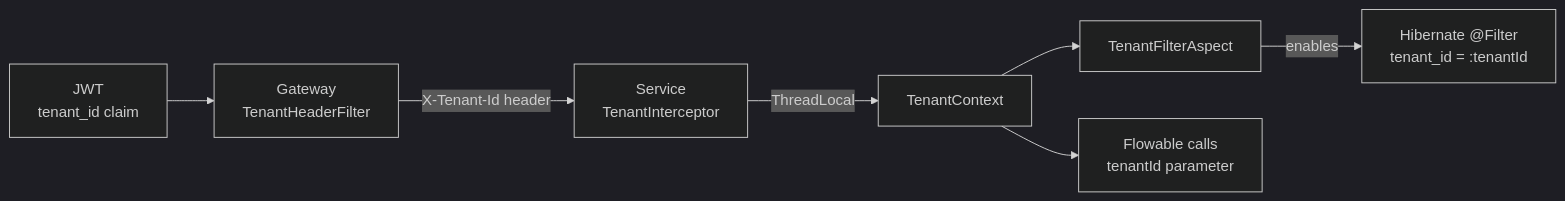
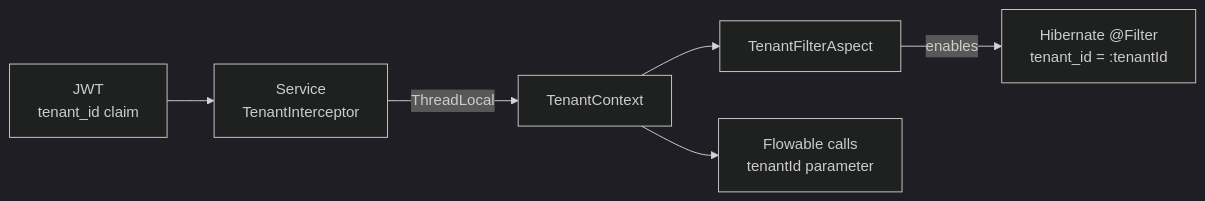
Before and after one commit to mszalus/workflow-platform: the first of 2 diagrams in docs/architecture/concepts.md, drawn with Mermaid (dark theme). The commit also changed other lines of this file and 6 other files, not shown here.

First line of the commit message:
fix(security): take the tenant only from the validated JWT

````diff
--- a/docs/architecture/concepts.md
+++ b/docs/architecture/concepts.md
@@ -12,9 +12,8 @@
 ```mermaid
 flowchart LR
-    JWT["JWT<br/>tenant_id claim"] --> GW["Gateway<br/>TenantHeaderFilter"]
-    GW -->|"X-Tenant-Id header"| SVC["Service<br/>TenantInterceptor"]
+    JWT["JWT<br/>tenant_id claim"] --> SVC["Service<br/>TenantInterceptor"]
     SVC -->|"ThreadLocal"| CTX["TenantContext"]
     CTX --> ASP["TenantFilterAspect"]
     ASP -->|"enables"| HIB["Hibernate @Filter<br/>tenant_id = :tenantId"]
     CTX --> FLOW["Flowable calls<br/>tenantId parameter"]
 ```
````
